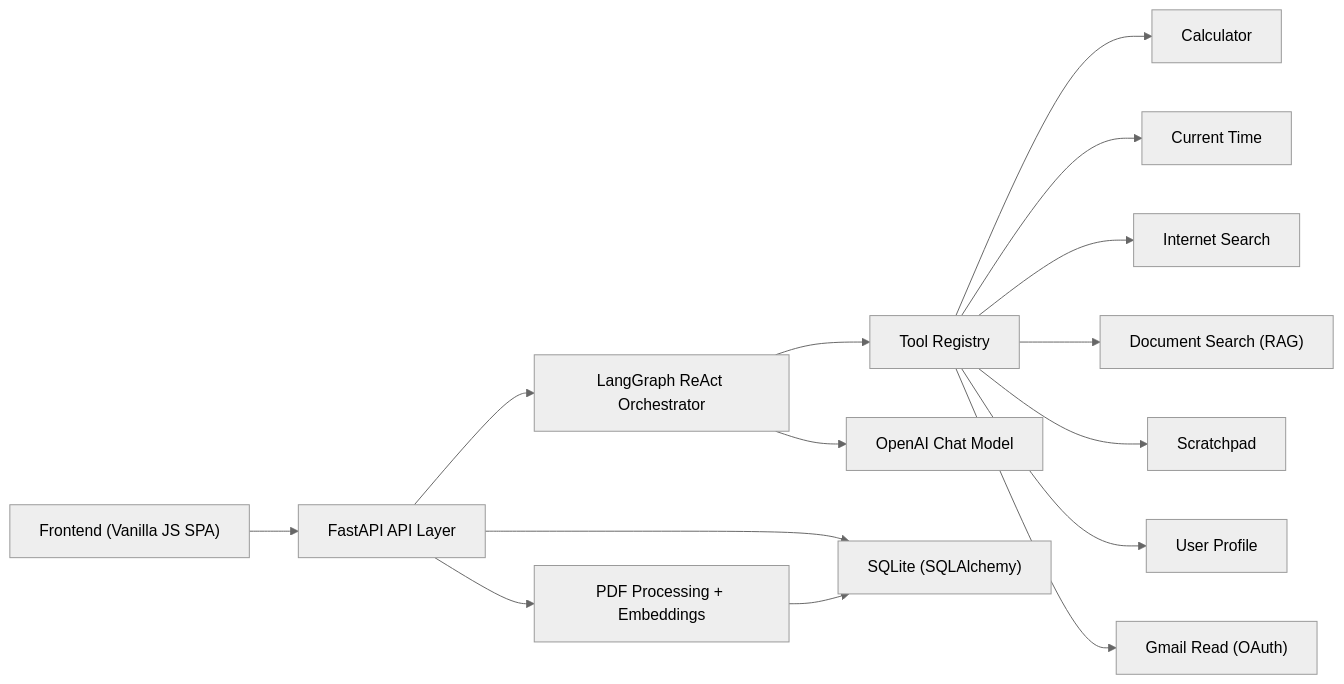
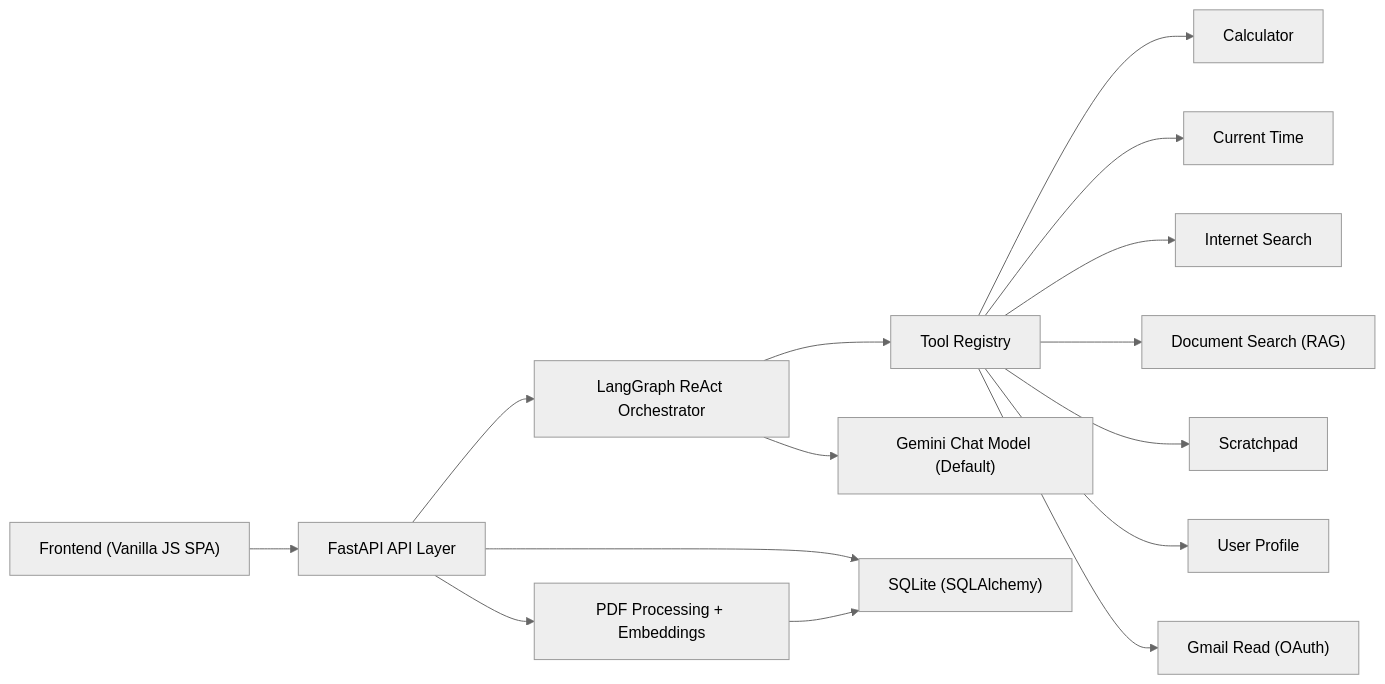
The diagram in README.md (gtpooniwala/personal-agent), drawn with Mermaid (neutral theme) before and after one commit. The commit also changed other lines of this file and 26 other files, not shown here.

First line of the commit message:
feat: add LLM eval harness and make Gemini the default provider

````diff
--- a/README.md
+++ b/README.md
@@ -18,19 +18,19 @@
 ```mermaid
 flowchart LR
     UI["Frontend (Vanilla JS SPA)"] --> API["FastAPI API Layer"]
     API --> ORCH["LangGraph ReAct Orchestrator"]
     ORCH --> REG["Tool Registry"]
-    ORCH --> LLM["OpenAI Chat Model"]
+    ORCH --> LLM["Gemini Chat Model (Default)"]
 
     REG --> CALC["Calculator"]
     REG --> TIME["Current Time"]
     REG --> SEARCH["Internet Search"]
     REG --> DOCS["Document Search (RAG)"]
     REG --> PAD["Scratchpad"]
     REG --> PROFILE["User Profile"]
     REG --> GMAIL["Gmail Read (OAuth)"]
 
     API --> DB["SQLite (SQLAlchemy)"]
     API --> DOCPROC["PDF Processing + Embeddings"]
     DOCPROC --> DB
 ```
````
